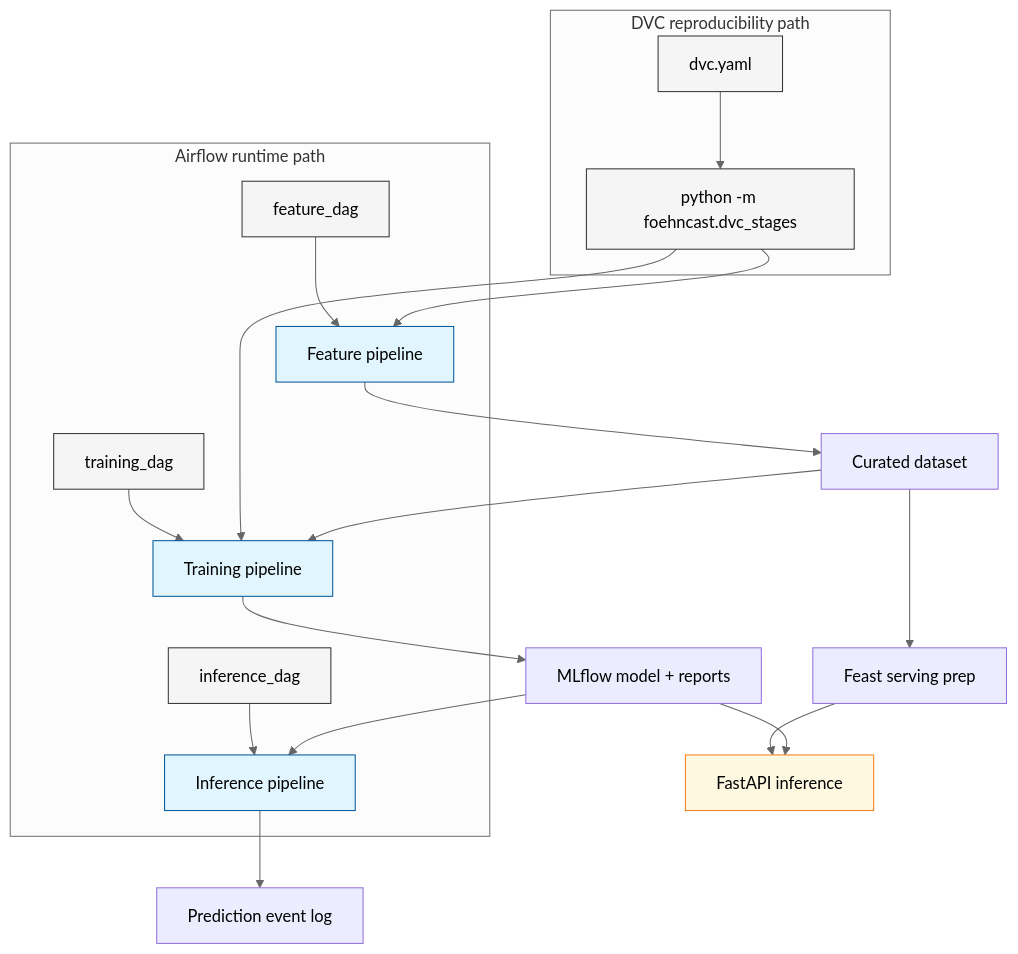
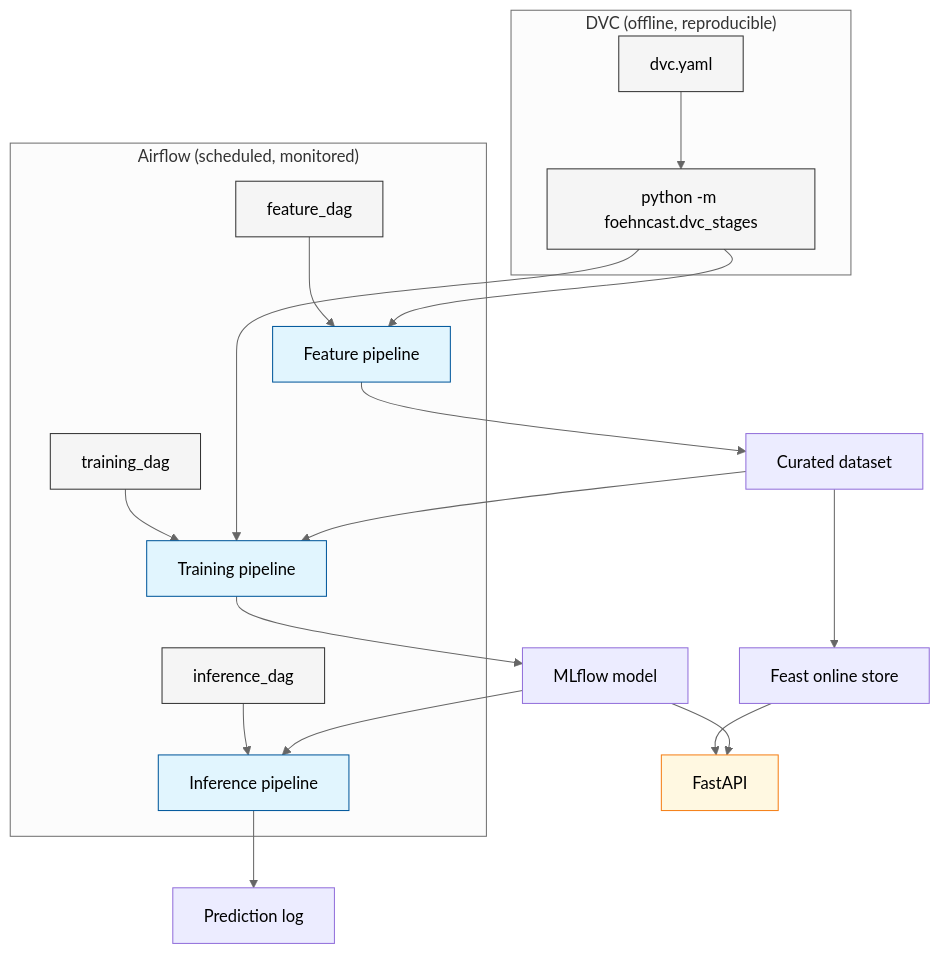
Before and after one commit to javihslu/foehncast: the second of 4 diagrams in docs/site/system/architecture.md, drawn with Mermaid (neutral theme). The commit also changed other lines of this file and 6 other files, not shown here.

```diff
--- a/docs/site/system/architecture.md
+++ b/docs/site/system/architecture.md
@@ -92,28 +55,28 @@
 <div class="mermaid">
 flowchart TD
     classDef ctl fill:#f5f5f5,stroke:#333
     classDef pipe fill:#e1f5fe,stroke:#01579b
     classDef store fill:#ececff,stroke:#9370db
     classDef serve fill:#fff8e1,stroke:#f57f17
 
-    subgraph DVCPath ["DVC reproducibility path"]
+    subgraph DVCPath ["DVC (offline, reproducible)"]
         DVCY["dvc.yaml"]:::ctl --> DVCCLI["python -m foehncast.dvc_stages"]:::ctl
     end
 
-    subgraph AirflowPath ["Airflow runtime path"]
+    subgraph AirflowPath ["Airflow (scheduled, monitored)"]
         FDAG["feature_dag"]:::ctl --> FEAT["Feature pipeline"]:::pipe
         TDAG["training_dag"]:::ctl --> TRAIN["Training pipeline"]:::pipe
         IDAG["inference_dag"]:::ctl --> INF["Inference pipeline"]:::pipe
     end
 
     DVCCLI --> FEAT
     DVCCLI --> TRAIN
     FEAT --> CUR["Curated dataset"]:::store
     CUR --> TRAIN
-    CUR --> FEAST["Feast serving prep"]:::store
-    TRAIN --> REG["MLflow model + reports"]:::store
+    CUR --> FEAST["Feast online store"]:::store
+    TRAIN --> REG["MLflow model"]:::store
     REG --> INF
-    INF --> PLOG["Prediction event log"]:::store
-    FEAST --> API["FastAPI inference"]:::serve
+    INF --> PLOG["Prediction log"]:::store
+    FEAST --> API["FastAPI"]:::serve
     REG --> API
 </div>
```
